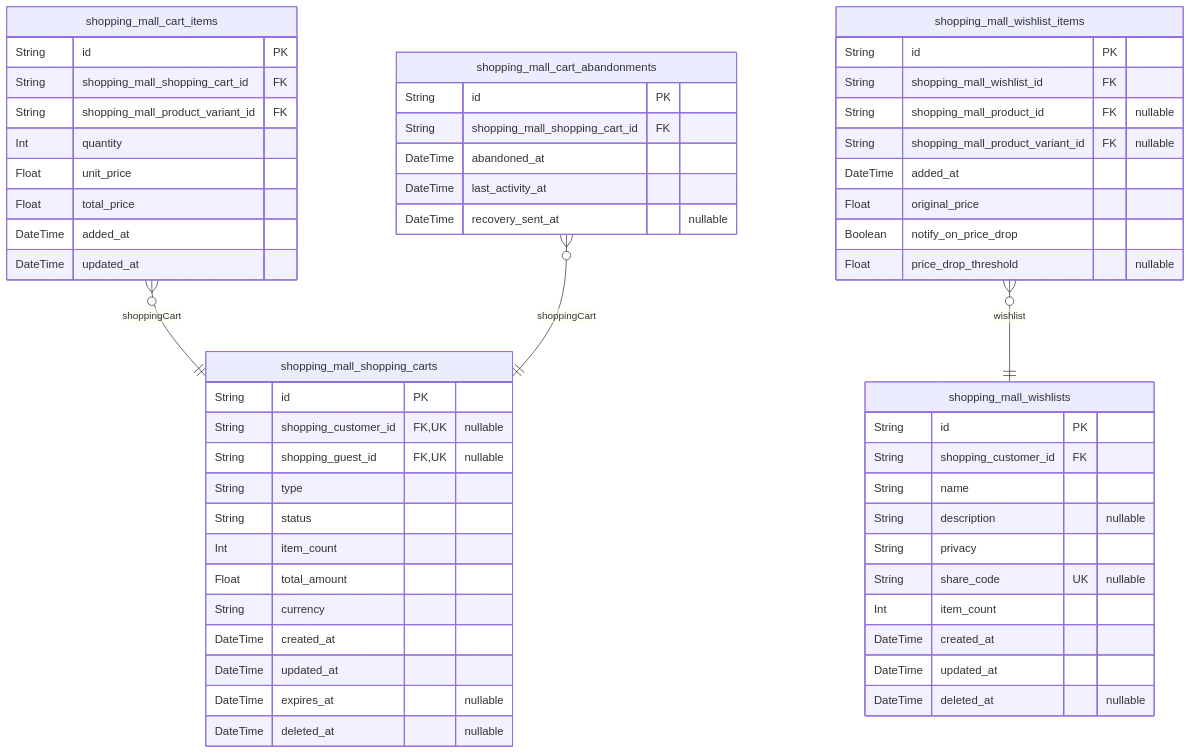
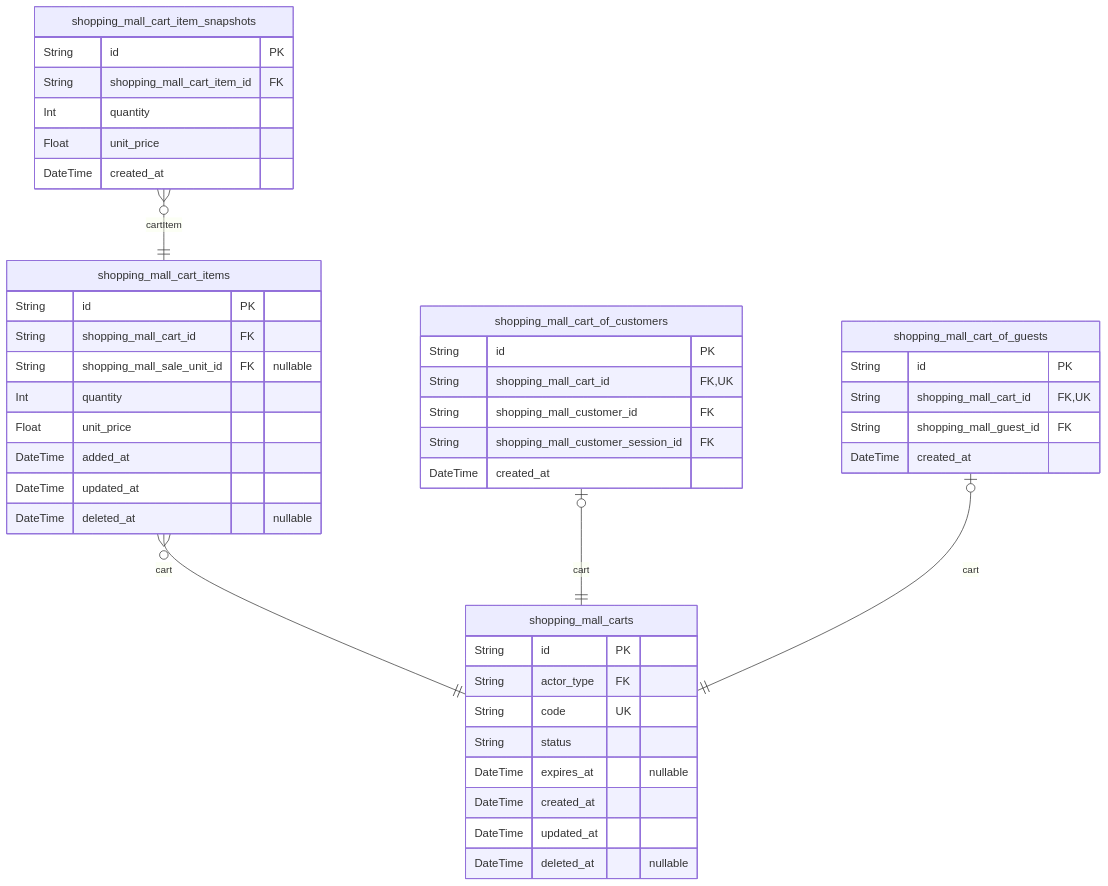
One commit to wrtnlabs/autobe-examples changed the fourth of 10 diagrams in moonshotai/kimi-k2-0905-exacto/shopping/docs/ERD.md. Above: the diagram before and after it, drawn with Mermaid. The commit also changed other lines of this file and 22498 other files, not shown here.

````diff
--- a/moonshotai/kimi-k2-0905-exacto/shopping/docs/ERD.md
+++ b/moonshotai/kimi-k2-0905-exacto/shopping/docs/ERD.md
@@ -809,59 +669,47 @@
 ```mermaid
 erDiagram
-"shopping_mall_shopping_carts" {
+"shopping_mall_carts" {
   String id PK
-  String shopping_customer_id FK,UK "nullable"
-  String shopping_guest_id FK,UK "nullable"
-  String type
+  String actor_type FK
+  String code UK
   String status
-  Int item_count
-  Float total_amount
-  String currency
+  DateTime expires_at "nullable"
   DateTime created_at
   DateTime updated_at
-  DateTime expires_at "nullable"
   DateTime deleted_at "nullable"
 }
 "shopping_mall_cart_items" {
   String id PK
-  String shopping_mall_shopping_cart_id FK
-  String shopping_mall_product_variant_id FK
+  String shopping_mall_cart_id FK
+  String shopping_mall_sale_unit_id FK "nullable"
   Int quantity
   Float unit_price
-  Float total_price
   DateTime added_at
-  DateTime updated_at
-}
-"shopping_mall_wishlists" {
-  String id PK
-  String shopping_customer_id FK
-  String name
-  String description "nullable"
-  String privacy
-  String share_code UK "nullable"
-  Int item_count
-  DateTime created_at
   DateTime updated_at
   DateTime deleted_at "nullable"
 }
-"shopping_mall_wishlist_items" {
+"shopping_mall_cart_of_customers" {
   String id PK
-  String shopping_mall_wishlist_id FK
-  String shopping_mall_product_id FK "nullable"
-  String shopping_mall_product_variant_id FK "nullable"
-  DateTime added_at
-  Float original_price
-  Boolean notify_on_price_drop
-  Float price_drop_threshold "nullable"
+  String shopping_mall_cart_id FK,UK
+  String shopping_mall_customer_id FK
+  String shopping_mall_customer_session_id FK
+  DateTime created_at
 }
-"shopping_mall_cart_abandonments" {
+"shopping_mall_cart_of_guests" {
   String id PK
-  String shopping_mall_shopping_cart_id FK
-  DateTime abandoned_at
-  DateTime last_activity_at
-  DateTime recovery_sent_at "nullable"
+  String shopping_mall_cart_id FK,UK
+  String shopping_mall_guest_id FK
+  DateTime created_at
 }
-"shopping_mall_cart_items" }o--|| "shopping_mall_shopping_carts" : shoppingCart
-"shopping_mall_wishlist_items" }o--|| "shopping_mall_wishlists" : wishlist
-"shopping_mall_cart_abandonments" }o--|| "shopping_mall_shopping_carts" : shoppingCart
+"shopping_mall_cart_item_snapshots" {
+  String id PK
+  String shopping_mall_cart_item_id FK
+  Int quantity
+  Float unit_price
+  DateTime created_at
+}
+"shopping_mall_cart_items" }o--|| "shopping_mall_carts" : cart
+"shopping_mall_cart_of_customers" |o--|| "shopping_mall_carts" : cart
+"shopping_mall_cart_of_guests" |o--|| "shopping_mall_carts" : cart
+"shopping_mall_cart_item_snapshots" }o--|| "shopping_mall_cart_items" : cartItem
 ```
````
